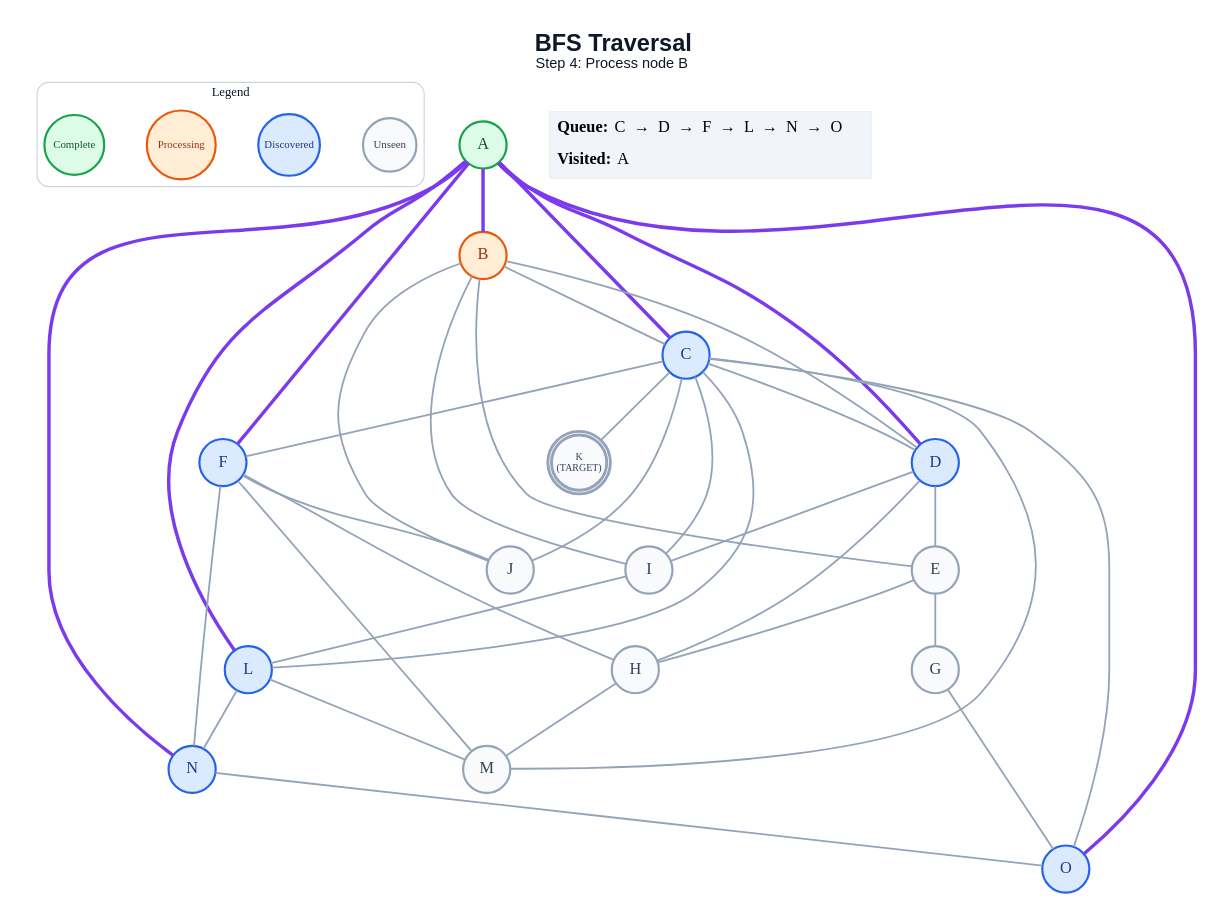
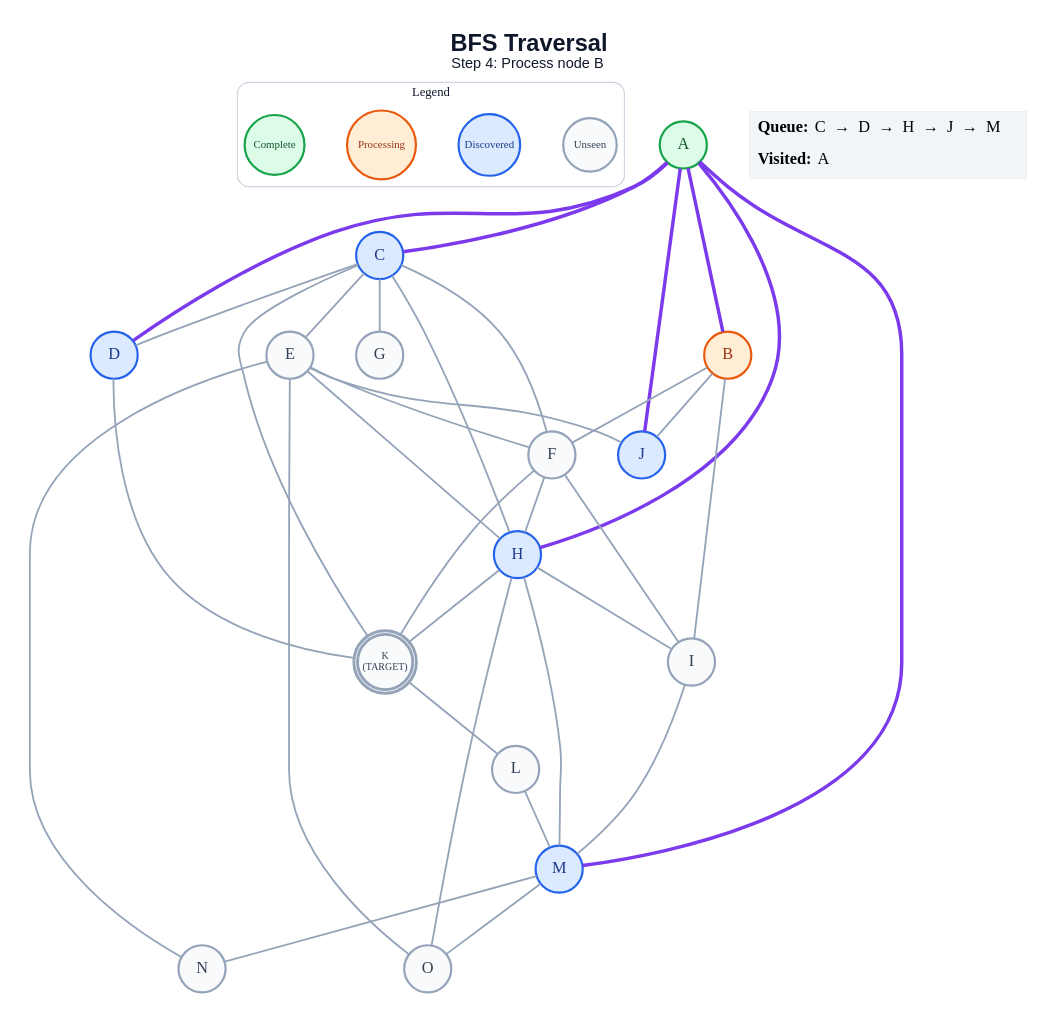
Before and after one commit to anon7238593-create/ai-slop: the diagram in generated/bfs/step_04.dot, drawn with Graphviz. The commit also changed 265 other files, not shown here.

```diff
--- a/generated/bfs/step_04.dot
+++ b/generated/bfs/step_04.dot
@@ -1,69 +1,67 @@
 graph traversal {
   graph [layout=dot, rankdir=TB, bgcolor="#FFFFFF", pad="0.35", nodesep="0.65", ranksep="0.8", fontname="Arial"];
   node [shape=circle, style="filled", fontname="Arial Bold", fontsize=18, width=0.72, fixedsize=true, penwidth=2.4];
   edge [color="#94A3B8", penwidth=2.0];
   label=<<B>BFS Traversal</B><BR/><FONT POINT-SIZE="16">Step 4: Process node B</FONT>>; labelloc="t"; fontsize=26; fontname="Arial"; fontcolor="#0F172A";
   subgraph cluster_legend { label="Legend"; color="#CBD5E1"; penwidth=1.2; style="rounded"; fontsize=14; fontname="Arial Bold";
     key_unseen [label="Unseen", fillcolor="#F8FAFC", color="#94A3B8", fontcolor="#334155", fontsize=12, width=0.82];
     key_frontier [label="Discovered", fillcolor="#DBEAFE", color="#2563EB", fontcolor="#1E3A8A", fontsize=12, width=0.95];
     key_current [label="Processing", fillcolor="#FFEDD5", color="#EA580C", fontcolor="#9A3412", fontsize=12, width=1.05];
     key_done [label="Complete", fillcolor="#DCFCE7", color="#16A34A", fontcolor="#14532D", fontsize=12, width=0.92];
     { rank=same; key_unseen; key_frontier; key_current; key_done; }
   }
   A [label="A", fillcolor="#DCFCE7", color="#16A34A", fontcolor="#14532D", peripheries=1, penwidth=2.4];
   B [label="B", fillcolor="#FFEDD5", color="#EA580C", fontcolor="#9A3412", peripheries=1, penwidth=2.4];
   C [label="C", fillcolor="#DBEAFE", color="#2563EB", fontcolor="#1E3A8A", peripheries=1, penwidth=2.4];
   D [label="D", fillcolor="#DBEAFE", color="#2563EB", fontcolor="#1E3A8A", peripheries=1, penwidth=2.4];
   E [label="E", fillcolor="#F8FAFC", color="#94A3B8", fontcolor="#334155", peripheries=1, penwidth=2.4];
-  F [label="F", fillcolor="#DBEAFE", color="#2563EB", fontcolor="#1E3A8A", peripheries=1, penwidth=2.4];
+  F [label="F", fillcolor="#F8FAFC", color="#94A3B8", fontcolor="#334155", peripheries=1, penwidth=2.4];
   G [label="G", fillcolor="#F8FAFC", color="#94A3B8", fontcolor="#334155", peripheries=1, penwidth=2.4];
-  H [label="H", fillcolor="#F8FAFC", color="#94A3B8", fontcolor="#334155", peripheries=1, penwidth=2.4];
+  H [label="H", fillcolor="#DBEAFE", color="#2563EB", fontcolor="#1E3A8A", peripheries=1, penwidth=2.4];
   I [label="I", fillcolor="#F8FAFC", color="#94A3B8", fontcolor="#334155", peripheries=1, penwidth=2.4];
-  J [label="J", fillcolor="#F8FAFC", color="#94A3B8", fontcolor="#334155", peripheries=1, penwidth=2.4];
+  J [label="J", fillcolor="#DBEAFE", color="#2563EB", fontcolor="#1E3A8A", peripheries=1, penwidth=2.4];
   K [label="K\n(TARGET)", fillcolor="#F8FAFC", color="#94A3B8", fontcolor="#334155", peripheries=2, penwidth=3.2, fontsize=11, width=0.85, height=0.85];
-  L [label="L", fillcolor="#DBEAFE", color="#2563EB", fontcolor="#1E3A8A", peripheries=1, penwidth=2.4];
-  M [label="M", fillcolor="#F8FAFC", color="#94A3B8", fontcolor="#334155", peripheries=1, penwidth=2.4];
-  N [label="N", fillcolor="#DBEAFE", color="#2563EB", fontcolor="#1E3A8A", peripheries=1, penwidth=2.4];
-  O [label="O", fillcolor="#DBEAFE", color="#2563EB", fontcolor="#1E3A8A", peripheries=1, penwidth=2.4];
+  L [label="L", fillcolor="#F8FAFC", color="#94A3B8", fontcolor="#334155", peripheries=1, penwidth=2.4];
+  M [label="M", fillcolor="#DBEAFE", color="#2563EB", fontcolor="#1E3A8A", peripheries=1, penwidth=2.4];
+  N [label="N", fillcolor="#F8FAFC", color="#94A3B8", fontcolor="#334155", peripheries=1, penwidth=2.4];
+  O [label="O", fillcolor="#F8FAFC", color="#94A3B8", fontcolor="#334155", peripheries=1, penwidth=2.4];
   A -- B [color="#7C3AED", penwidth=3.8];
   A -- C [color="#7C3AED", penwidth=3.8];
   A -- D [color="#7C3AED", penwidth=3.8];
-  A -- F [color="#7C3AED", penwidth=3.8];
-  A -- L [color="#7C3AED", penwidth=3.8];
-  A -- N [color="#7C3AED", penwidth=3.8];
-  A -- O [color="#7C3AED", penwidth=3.8];
-  B -- C;
-  B -- D;
-  B -- E;
+  A -- H [color="#7C3AED", penwidth=3.8];
+  A -- J [color="#7C3AED", penwidth=3.8];
+  A -- M [color="#7C3AED", penwidth=3.8];
+  B -- F;
   B -- I;
   B -- J;
   C -- D;
+  C -- E;
   C -- F;
-  C -- I;
-  C -- J;
+  C -- G;
+  C -- H;
   C -- K;
-  C -- L;
-  C -- M;
-  C -- O;
-  D -- E;
-  D -- H;
-  D -- I;
-  E -- G;
+  D -- K;
+  E -- F;
   E -- H;
+  E -- J;
+  E -- N;
+  E -- O;
   F -- H;
-  F -- J;
-  F -- M;
-  F -- N;
-  G -- O;
+  F -- I;
+  F -- K;
+  H -- I;
+  H -- K;
   H -- M;
-  I -- L;
+  H -- O;
+  I -- M;
+  K -- L;
   L -- M;
-  L -- N;
-  N -- O;
+  M -- N;
+  M -- O;
   status [shape=plain, fixedsize=false, width=0, height=0, margin=0, label=<
     <TABLE BORDER="0" CELLBORDER="0" CELLPADDING="7" BGCOLOR="#F1F5F9">
-      <TR><TD ALIGN="LEFT"><B>Queue:</B> C  →  D  →  F  →  L  →  N  →  O</TD></TR>
+      <TR><TD ALIGN="LEFT"><B>Queue:</B> C  →  D  →  H  →  J  →  M</TD></TR>
       <TR><TD ALIGN="LEFT"><B>Visited:</B> A</TD></TR>
     </TABLE>
   >];
 }
```
